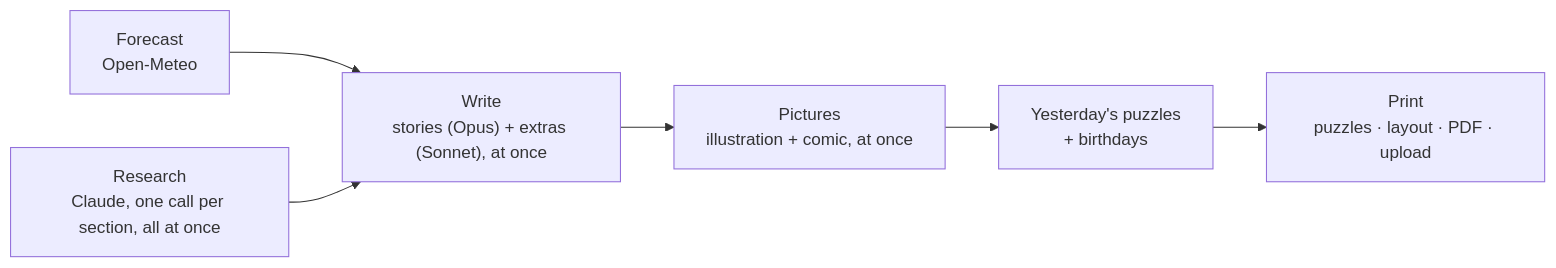
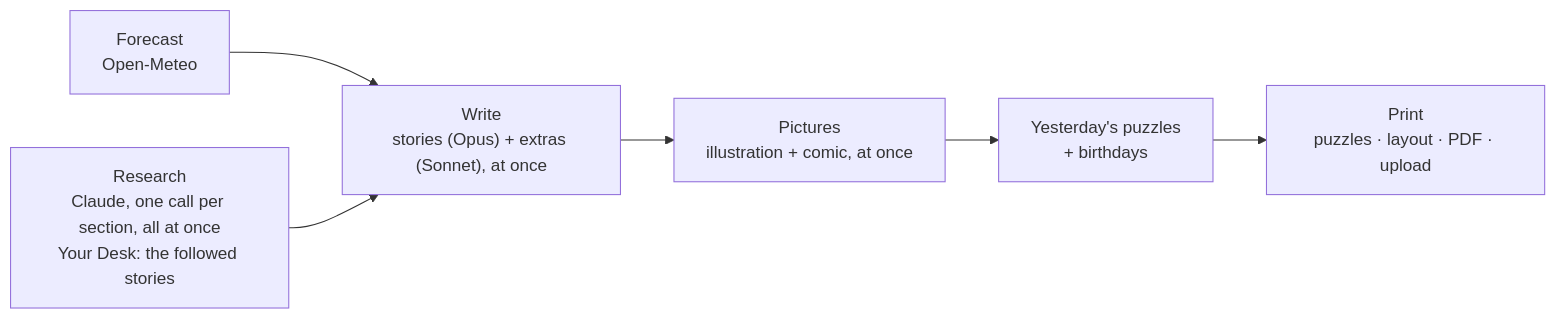
The second of 3 diagrams in docs/ARCHITECTURE.md (chieri518/daily-print), drawn with Mermaid before and after one commit. The commit also changed other lines of this file and 16 other files, not shown here.

First line of the commit message:
Follow a story: + on the Paper page, updates in Your Desk

````diff
--- a/docs/ARCHITECTURE.md
+++ b/docs/ARCHITECTURE.md
@@ -63,8 +63,8 @@
 ```mermaid
 flowchart LR
   A["Forecast<br/>Open-Meteo"] --> C
-  B["Research<br/>Claude, one call per section, all at once"] --> C["Write<br/>stories (Opus) + extras (Sonnet), at once"]
+  B["Research<br/>Claude, one call per section, all at once<br/>Your Desk: the followed stories"] --> C["Write<br/>stories (Opus) + extras (Sonnet), at once"]
   C --> D["Pictures<br/>illustration + comic, at once"]
   D --> E["Yesterday's puzzles<br/>+ birthdays"]
   E --> F["Print<br/>puzzles · layout · PDF · upload"]
 ```
````
